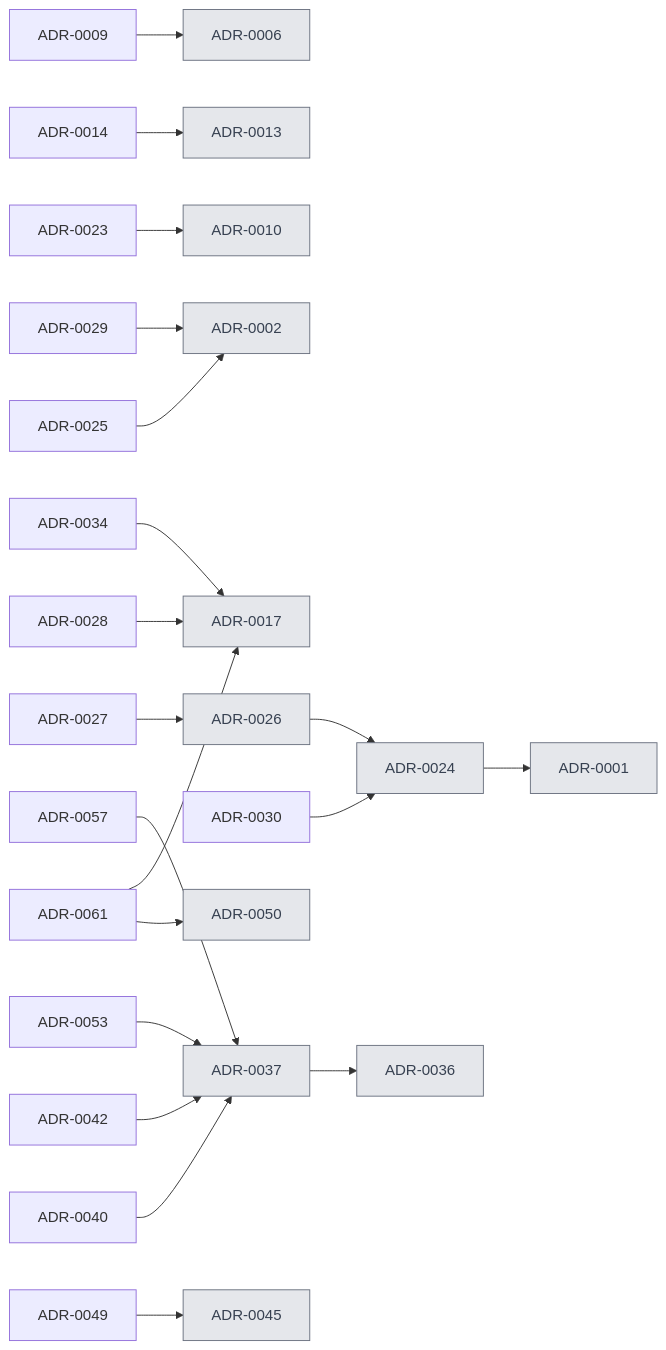
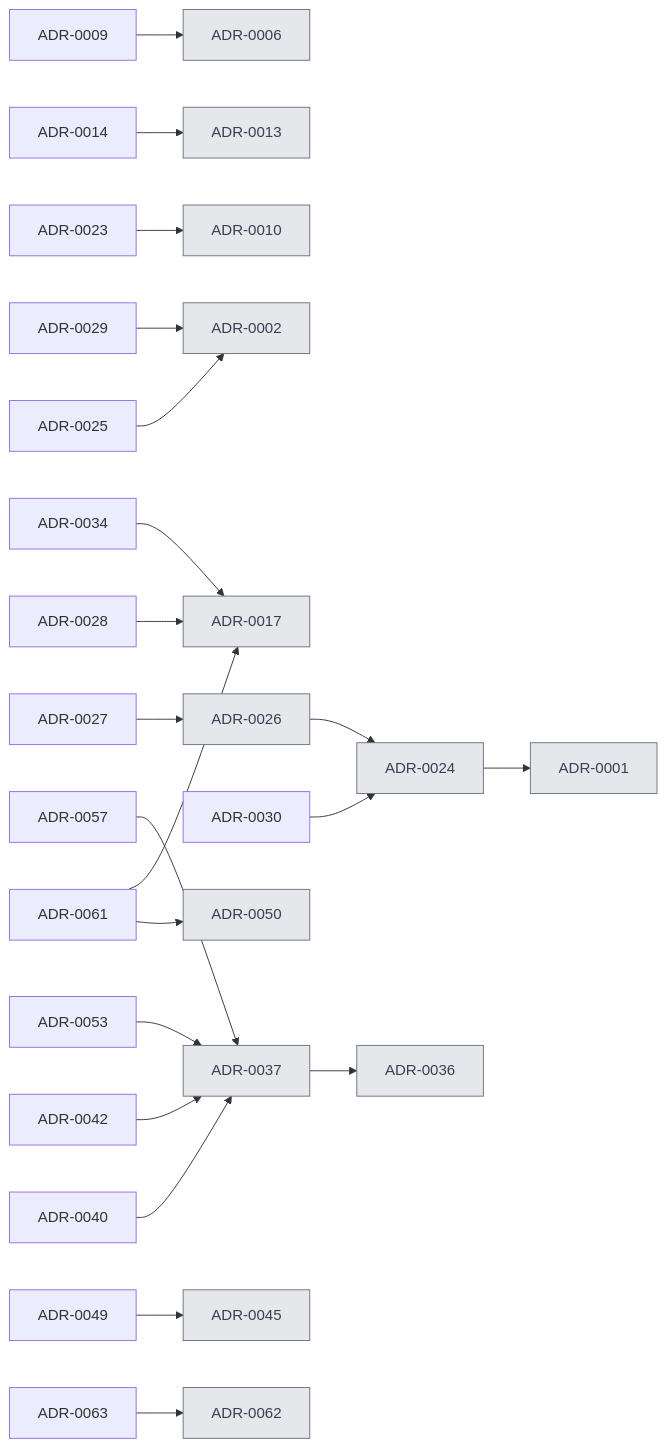
Before and after one commit to VM-s-Solutions/cleansia: the diagram in docs/decisions/index.md, drawn with Mermaid. The commit also changed other lines of this file and 45 other files, not shown here.

````diff
--- a/docs/decisions/index.md
+++ b/docs/decisions/index.md
@@ -18,24 +18,25 @@
 ```mermaid
 flowchart LR
   A0009[ADR-0009] --> A0006[ADR-0006]
   A0014[ADR-0014] --> A0013[ADR-0013]
   A0023[ADR-0023] --> A0010[ADR-0010]
   A0024[ADR-0024] --> A0001[ADR-0001]
   A0025[ADR-0025] --> A0002[ADR-0002]
   A0026[ADR-0026] --> A0024[ADR-0024]
   A0027[ADR-0027] --> A0026[ADR-0026]
   A0028[ADR-0028] --> A0017[ADR-0017]
   A0029[ADR-0029] --> A0002[ADR-0002]
   A0030[ADR-0030] --> A0024[ADR-0024]
   A0034[ADR-0034] --> A0017[ADR-0017]
   A0037[ADR-0037] --> A0036[ADR-0036]
   A0040[ADR-0040] --> A0037[ADR-0037]
   A0042[ADR-0042] --> A0037[ADR-0037]
   A0049[ADR-0049] --> A0045[ADR-0045]
   A0053[ADR-0053] --> A0037[ADR-0037]
   A0057[ADR-0057] --> A0037[ADR-0037]
   A0061[ADR-0061] --> A0050[ADR-0050]
   A0061[ADR-0061] --> A0017[ADR-0017]
+  A0063[ADR-0063] --> A0062[ADR-0062]
   classDef old fill:#e5e7eb,stroke:#6b7280,color:#374151
-  class A0001,A0002,A0006,A0010,A0013,A0017,A0024,A0026,A0036,A0037,A0045,A0050 old
+  class A0001,A0002,A0006,A0010,A0013,A0017,A0024,A0026,A0036,A0037,A0045,A0050,A0062 old
 ```
````
